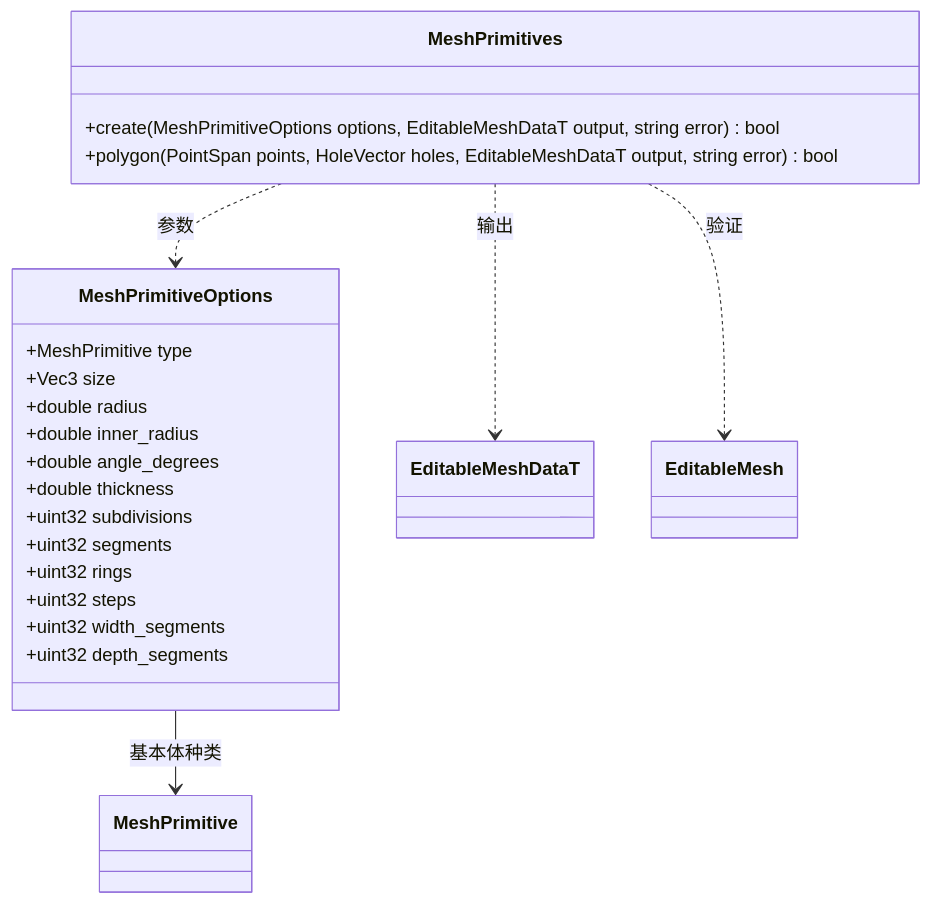
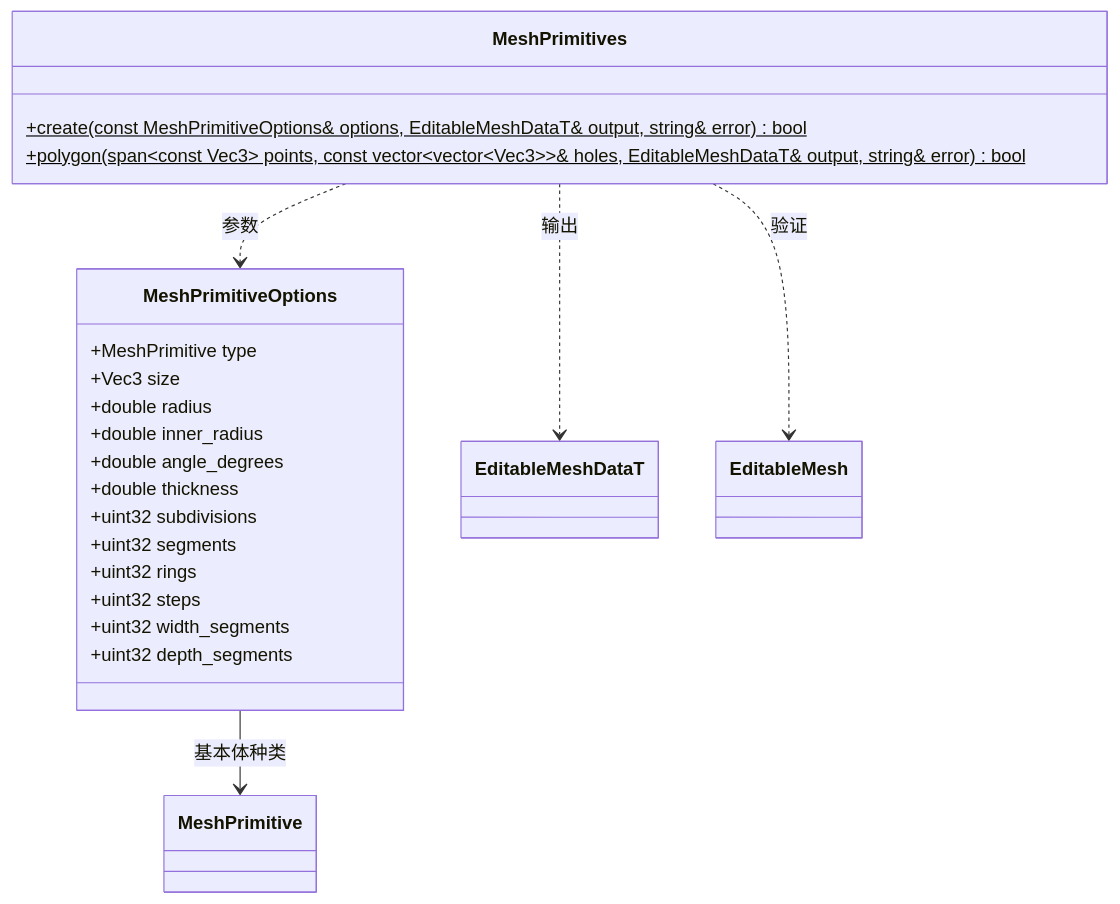
The diagram in docs/plugins/editor/class-diagrams/mesh-primitives.md (lcals/Engine), drawn with Mermaid before and after one commit. The commit also changed 222 other files, not shown here.

Commit message:
Consolidate editor asset imports and align architecture documentation

````diff
--- a/docs/plugins/editor/class-diagrams/mesh-primitives.md
+++ b/docs/plugins/editor/class-diagrams/mesh-primitives.md
@@ -5,28 +5,28 @@
 ```mermaid
 classDiagram
     class MeshPrimitives {
-        +create(MeshPrimitiveOptions options, EditableMeshDataT output, string error) bool
-        +polygon(PointSpan points, HoleVector holes, EditableMeshDataT output, string error) bool
+        +create(const MeshPrimitiveOptions& options, EditableMeshDataT& output, string& error) bool$
+        +polygon(span~const Vec3~ points, const vector~vector~Vec3~~& holes, EditableMeshDataT& output, string& error) bool$
     }
     class MeshPrimitiveOptions {
         +MeshPrimitive type
         +Vec3 size
         +double radius
         +double inner_radius
         +double angle_degrees
         +double thickness
         +uint32 subdivisions
         +uint32 segments
         +uint32 rings
         +uint32 steps
         +uint32 width_segments
         +uint32 depth_segments
     }
     class MeshPrimitive
     class EditableMeshDataT
     class EditableMesh
     MeshPrimitiveOptions --> MeshPrimitive : 基本体种类
     MeshPrimitives ..> MeshPrimitiveOptions : 参数
     MeshPrimitives ..> EditableMeshDataT : 输出
     MeshPrimitives ..> EditableMesh : 验证
 ```
````
